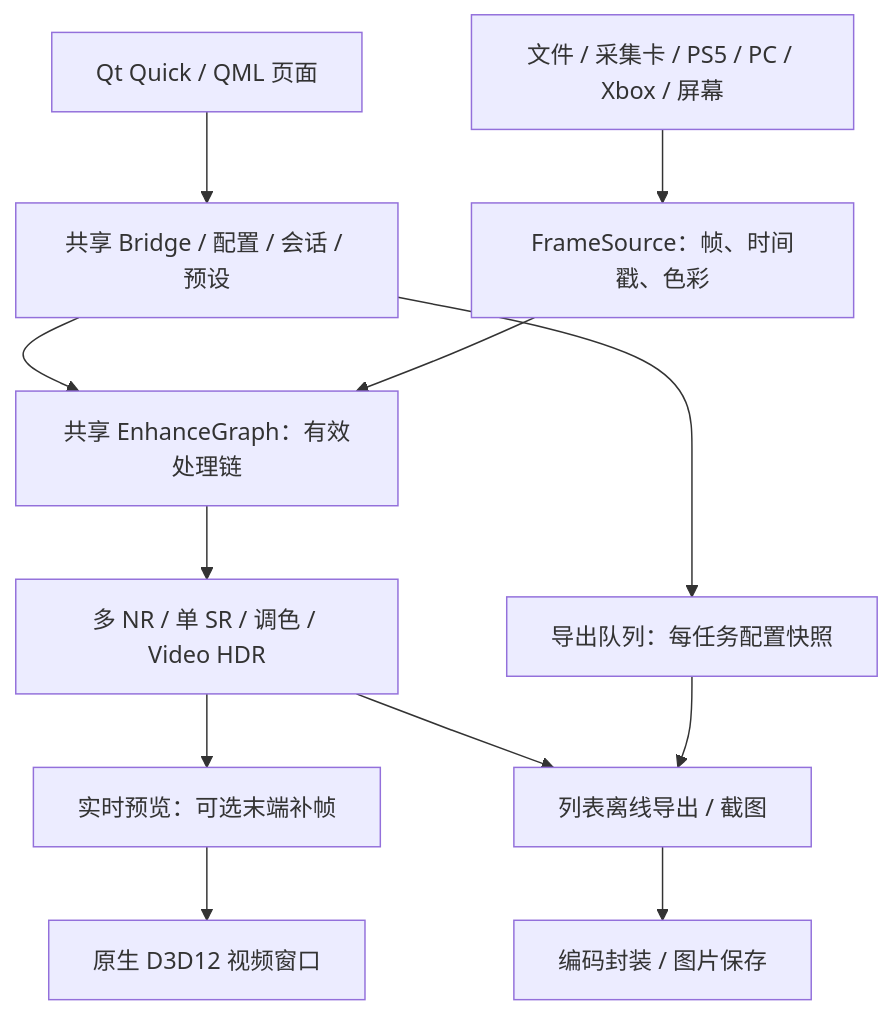
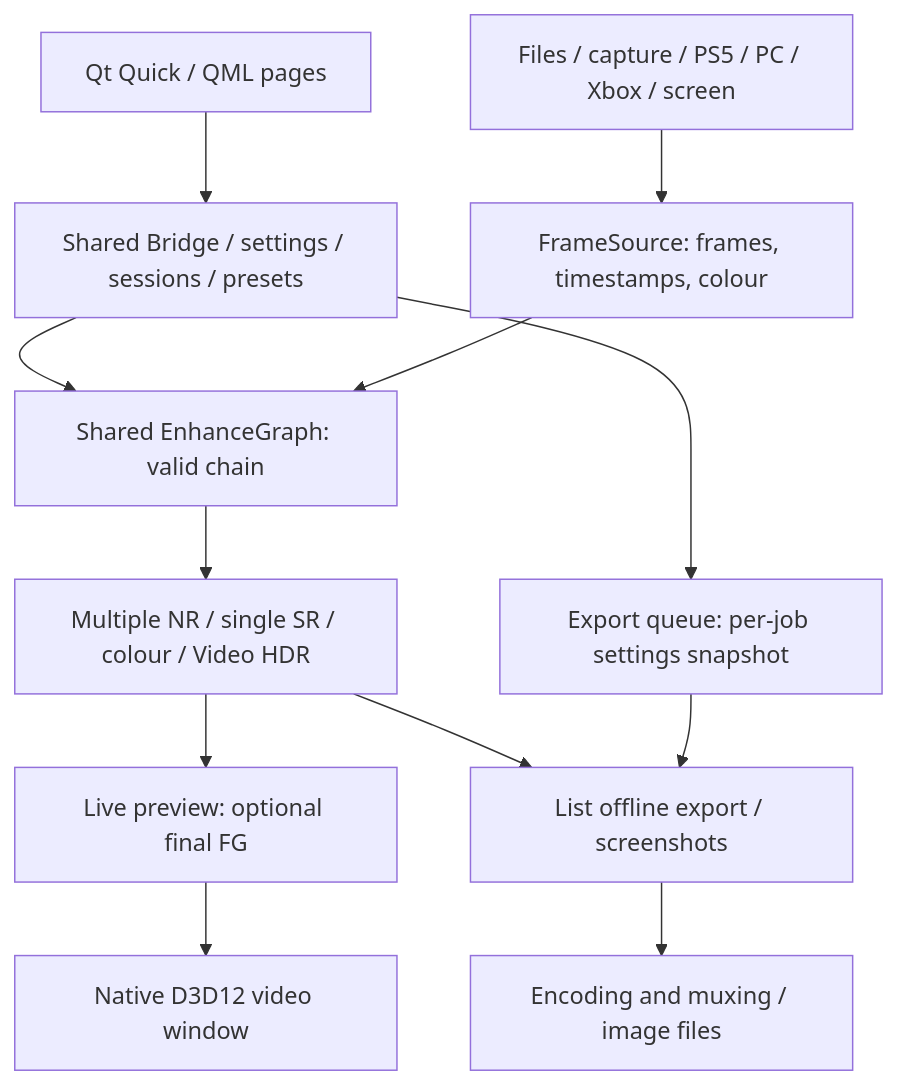
One commit to Likely7/Veyra-NRVideo changed the diagram in README.md. Above: the diagram before and after it, drawn with Mermaid. The commit also changed other lines of this file and 28 other files, not shown here.

````diff
--- a/README.md
+++ b/README.md
@@ -96,14 +110,14 @@
 ```mermaid
 flowchart TD
-    UI[Qt Quick / QML 页面] --> Bridge[共享 Bridge / 配置 / 会话 / 预设]
-    Sources[文件 / 采集卡 / PS5 / PC / Xbox / 屏幕] --> Source[FrameSource：帧、时间戳、色彩]
-    Bridge --> Graph[共享 EnhanceGraph：有效处理链]
+    UI[Qt Quick / QML pages] --> Bridge[Shared Bridge / settings / sessions / presets]
+    Sources[Files / capture / PS5 / PC / Xbox / screen] --> Source[FrameSource: frames, timestamps, colour]
+    Bridge --> Graph[Shared EnhanceGraph: valid chain]
     Source --> Graph
-    Graph --> Effects[多 NR / 单 SR / 调色 / Video HDR]
-    Effects --> Live[实时预览：可选末端补帧]
-    Live --> Present[原生 D3D12 视频窗口]
-    Effects --> Export[列表离线导出 / 截图]
-    Export --> Sink[编码封装 / 图片保存]
-    Bridge --> Queue[导出队列：每任务配置快照]
+    Graph --> Effects[Multiple NR / single SR / colour / Video HDR]
+    Effects --> Live[Live preview: optional final FG]
+    Live --> Present[Native D3D12 video window]
+    Effects --> Export[List offline export / screenshots]
+    Export --> Sink[Encoding and muxing / image files]
+    Bridge --> Queue[Export queue: per-job settings snapshot]
     Queue --> Export
 ```
````
